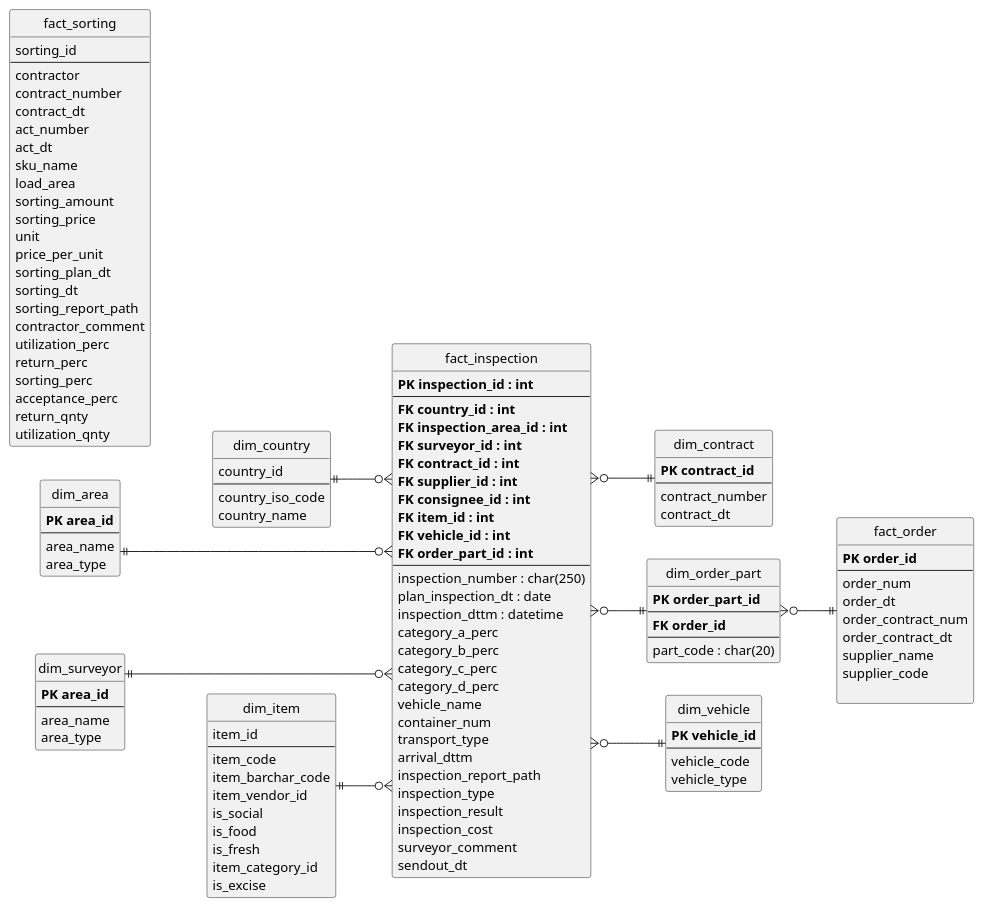
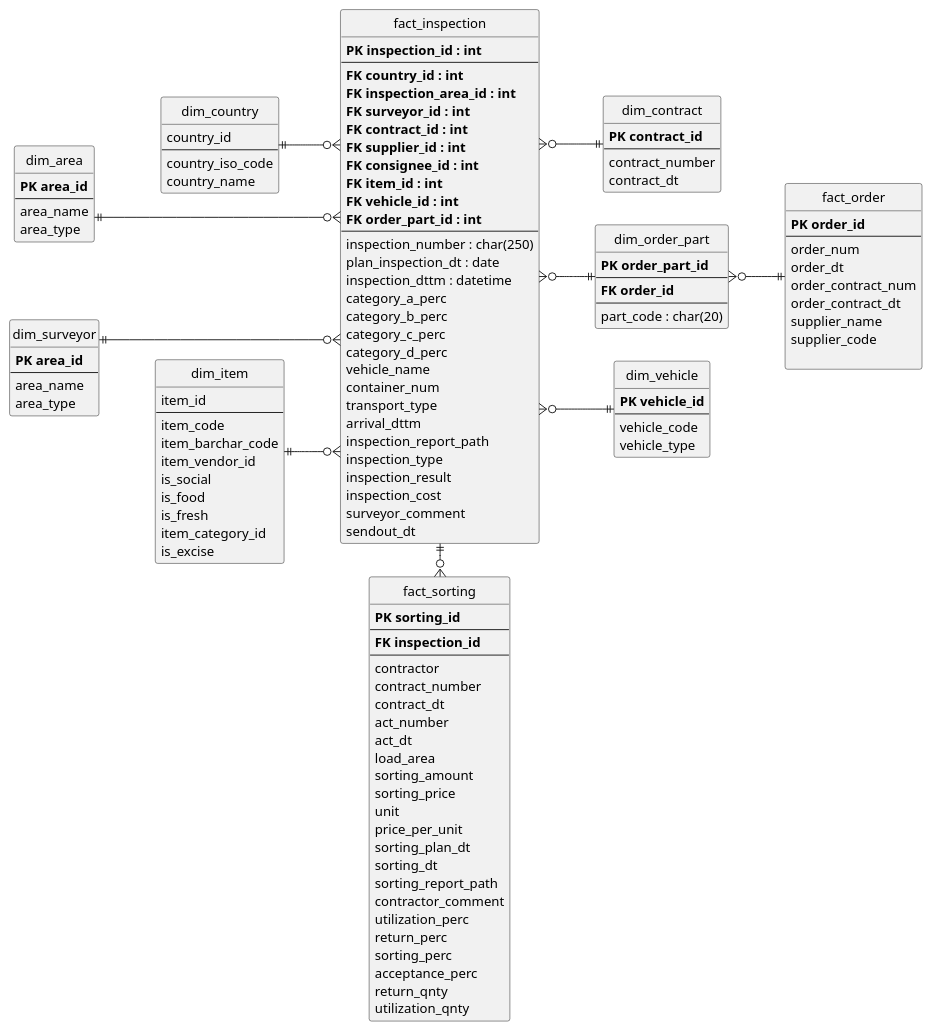
One commit to rsnlearn/karpov_hard_de_40 changed the diagram in 01_dwh_design/08_project/erd/inspections_dimensional_modelling.puml. Above: the diagram before and after it, drawn with PlantUML. The commit also changed 2 other files, not shown here.

Commit message:
add data vault erd

```diff
--- a/01_dwh_design/08_project/erd/inspections_dimensional_modelling.puml
+++ b/01_dwh_design/08_project/erd/inspections_dimensional_modelling.puml
@@ -1,148 +1,151 @@
 @startuml name "inspection dimensional modelling"
 ' hide the spot
 hide circle
 
 left to right direction
 
 ' avoid problems with angled crows feet
 skinparam linetype ortho
 
 entity fact_inspection {
     **PK inspection_id : int**
     --
     **FK country_id : int**
     **FK inspection_area_id : int**
     **FK surveyor_id : int**
     **FK contract_id : int**
     **FK supplier_id : int**
     **FK consignee_id : int**
     **FK item_id : int**
     **FK vehicle_id : int**
     **FK order_part_id : int**
     --
     inspection_number : char(250)
     plan_inspection_dt : date
     inspection_dttm : datetime
     category_a_perc
     category_b_perc
     category_c_perc
     category_d_perc
     vehicle_name
     container_num
     transport_type
     arrival_dttm
     inspection_report_path
     inspection_type
     inspection_result
     inspection_cost
     surveyor_comment
     sendout_dt
 }
 
 entity dim_country {
     country_id
     --
     country_iso_code
     country_name
 }
 
 entity dim_item {
     item_id
     --
     item_code
     item_barchar_code
     item_vendor_id
     is_social
     is_food
     is_fresh
     item_category_id
     is_excise
 }
 
 entity dim_area {
     **PK area_id**
     --
     area_name
     area_type
 }
 
 entity dim_surveyor {
     **PK area_id**
     --
     area_name
     area_type
 }
 
 entity dim_contract {
     **PK contract_id**
     --
     contract_number
     contract_dt
 }
 
 entity fact_order {
     **PK order_id**
     --
     order_num
     order_dt
     order_contract_num
     order_contract_dt
     supplier_name
     supplier_code
 
 }
 
 entity dim_order_part {
     **PK order_part_id**
     --
     **FK order_id**
     --
     part_code : char(20)
 }
 
 entity dim_vehicle {
     **PK vehicle_id**
     --
     vehicle_code
     vehicle_type
 }
 
 entity fact_sorting {
-    sorting_id
+    **PK sorting_id**
+    --
+    **FK inspection_id**
     --
     contractor
     contract_number
     contract_dt
     act_number
     act_dt
-    sku_name
     load_area
     sorting_amount
     sorting_price
     unit
     price_per_unit
     sorting_plan_dt
     sorting_dt
     sorting_report_path
     contractor_comment
     utilization_perc
     return_perc
     sorting_perc
     acceptance_perc
     return_qnty
     utilization_qnty
 }
 
 dim_area ||..[hidden]|| dim_country
 dim_surveyor ||..[hidden]|| dim_item
-dim_country ||-down[hidden]|| dim_item
+dim_country ||.down[hidden]|| dim_item
 dim_area ||--o{ fact_inspection
 dim_country ||--o{ fact_inspection
 dim_item ||--o{ fact_inspection
 dim_surveyor ||--o{ fact_inspection
 fact_inspection }o--|| dim_contract
 fact_inspection }o--|| dim_order_part
 fact_inspection }o--|| dim_vehicle
 dim_order_part }o--|| fact_order
+dim_country ||.down[hidden]|| dim_item
+fact_inspection ||-o{fact_sorting
 
 @enduml
```
